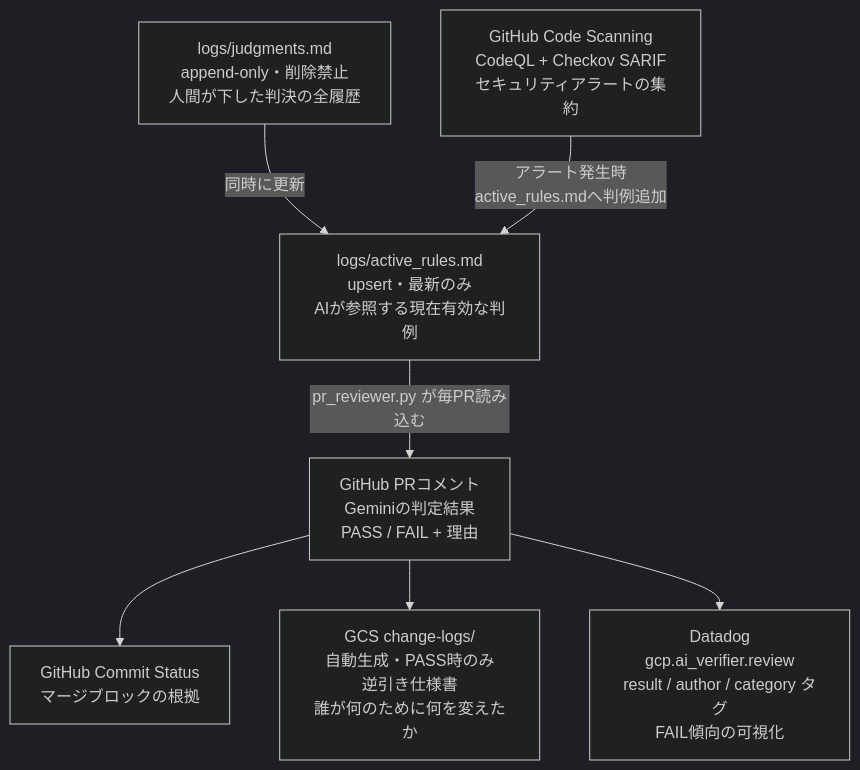
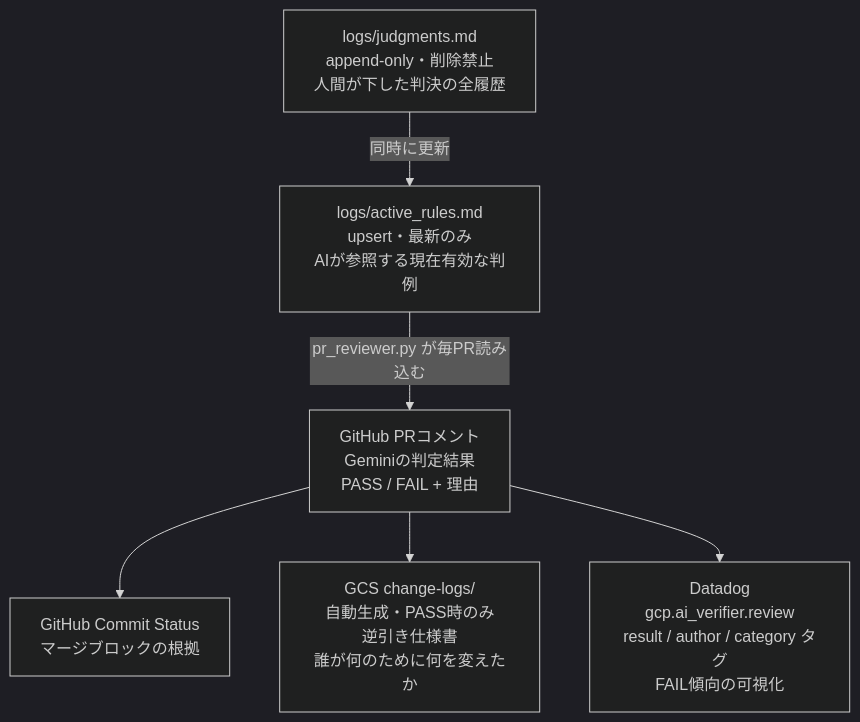
One commit to shinkawamisaki/gcp-base changed the sixth of 7 diagrams in docs/QUALITY_FEEDBACK_LOOP.md. Above: the diagram before and after it, drawn with Mermaid (dark theme). The commit also changed other lines of this file, not shown here.

First line of the commit message:
docs: CodeQLフィードバック方向の設計判断を明文化

````diff
--- a/docs/QUALITY_FEEDBACK_LOOP.md
+++ b/docs/QUALITY_FEEDBACK_LOOP.md
@@ -131,17 +131,14 @@
 ```mermaid
 flowchart TD
     J2["logs/judgments.md<br>append-only・削除禁止<br>人間が下した判決の全履歴"]
     AR2["logs/active_rules.md<br>upsert・最新のみ<br>AIが参照する現在有効な判例"]
     PR2["GitHub PRコメント<br>Geminiの判定結果<br>PASS / FAIL + 理由"]
     CS["GitHub Commit Status<br>マージブロックの根拠"]
     GCS["GCS change-logs/<br>自動生成・PASS時のみ<br>逆引き仕様書<br>誰が何のために何を変えたか"]
     DD["Datadog<br>gcp.ai_verifier.review<br>result / author / category タグ<br>FAIL傾向の可視化"]
-    CSCAN["GitHub Code Scanning<br>CodeQL + Checkov SARIF<br>セキュリティアラートの集約"]
-
     J2 -->|同時に更新| AR2
     AR2 -->|pr_reviewer.py が毎PR読み込む| PR2
     PR2 --> CS
     PR2 --> GCS
     PR2 --> DD
-    CSCAN -->|アラート発生時<br>active_rules.mdへ判例追加| AR2
 ```
````
